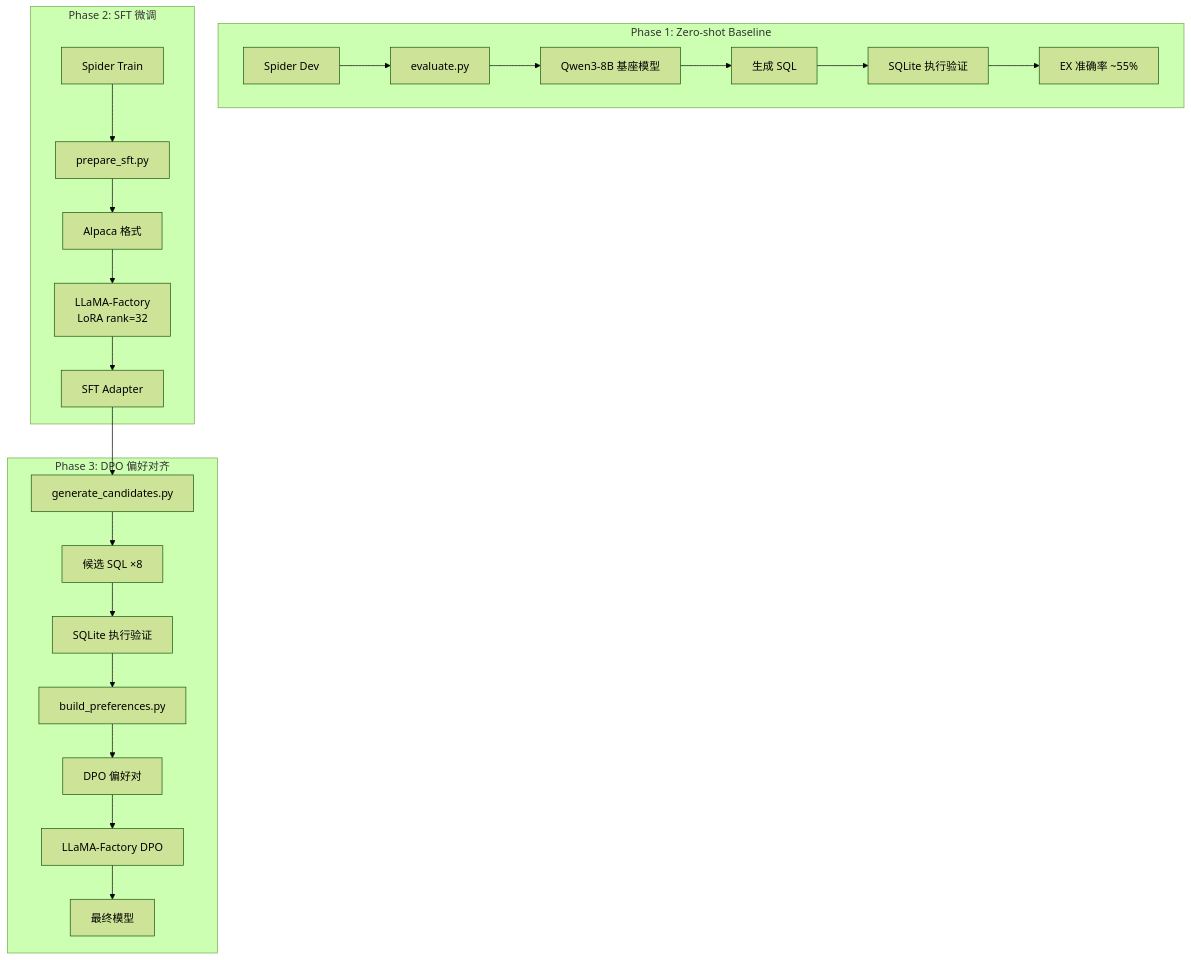
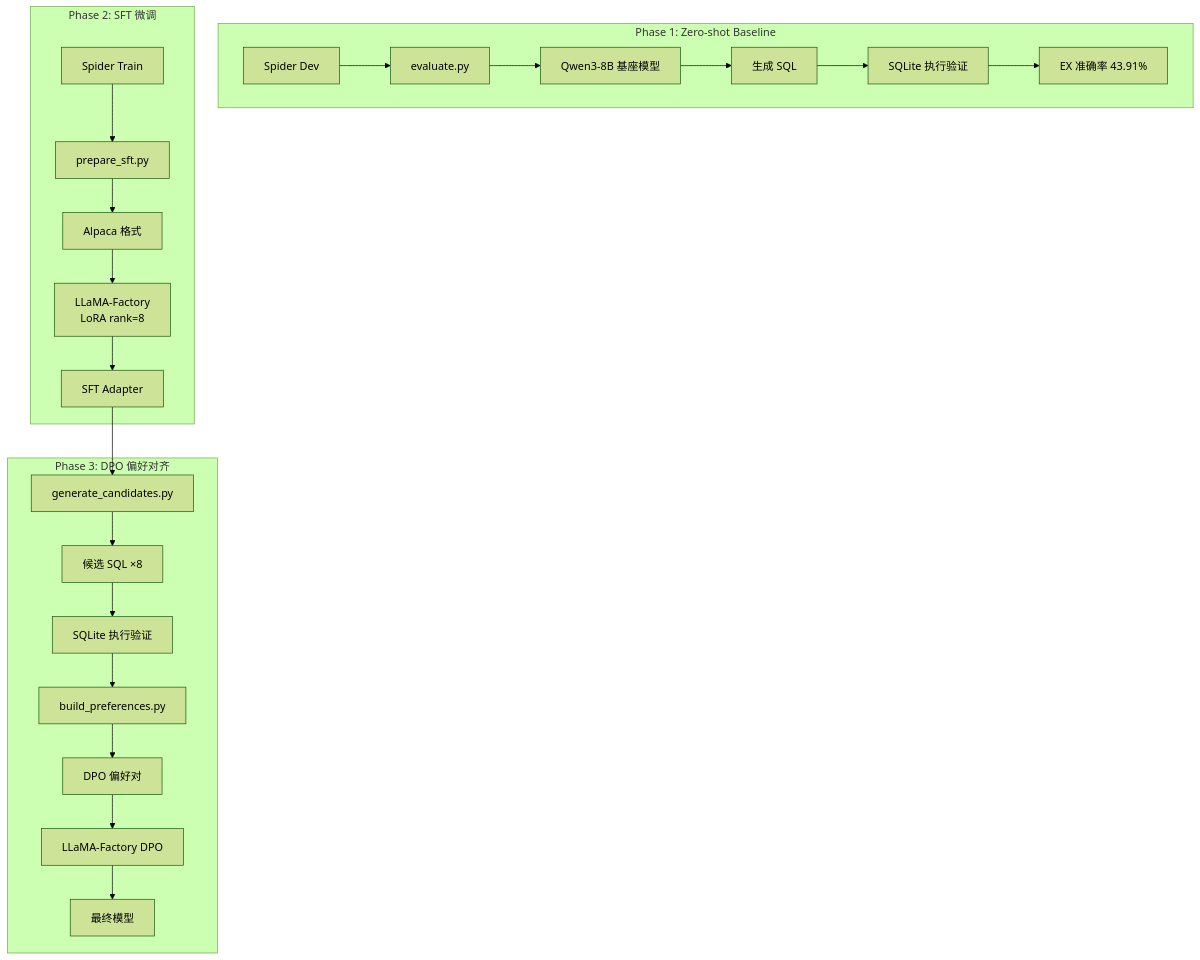
One commit to gzhzk/alignsql changed the diagram in docs/project_report.md. Above: the diagram before and after it, drawn with Mermaid (forest theme). The commit also changed other lines of this file and 4 other files, not shown here.

````diff
--- a/docs/project_report.md
+++ b/docs/project_report.md
@@ -35,27 +35,27 @@
 ```mermaid
 flowchart TB
     subgraph Phase1["Phase 1: Zero-shot Baseline"]
         P1_1[Spider Dev] --> P1_2[evaluate.py]
         P1_2 --> P1_3[Qwen3-8B 基座模型]
         P1_3 --> P1_4[生成 SQL]
         P1_4 --> P1_5[SQLite 执行验证]
-        P1_5 --> P1_6[EX 准确率 ~55%]
+        P1_5 --> P1_6[EX 准确率 43.91%]
     end
 
     subgraph Phase2["Phase 2: SFT 微调"]
         P2_1[Spider Train] --> P2_2[prepare_sft.py]
         P2_2 --> P2_3[Alpaca 格式]
-        P2_3 --> P2_4[LLaMA-Factory<br/>LoRA rank=32]
+        P2_3 --> P2_4[LLaMA-Factory<br/>LoRA rank=8]
         P2_4 --> P2_5[SFT Adapter]
     end
 
     subgraph Phase3["Phase 3: DPO 偏好对齐"]
         P2_5 --> P3_1[generate_candidates.py]
         P3_1 --> P3_2[候选 SQL ×8]
         P3_2 --> P3_3[SQLite 执行验证]
         P3_3 --> P3_4[build_preferences.py]
         P3_4 --> P3_5[DPO 偏好对]
         P3_5 --> P3_6[LLaMA-Factory DPO]
         P3_6 --> P3_7[最终模型]
     end
 ```
````
